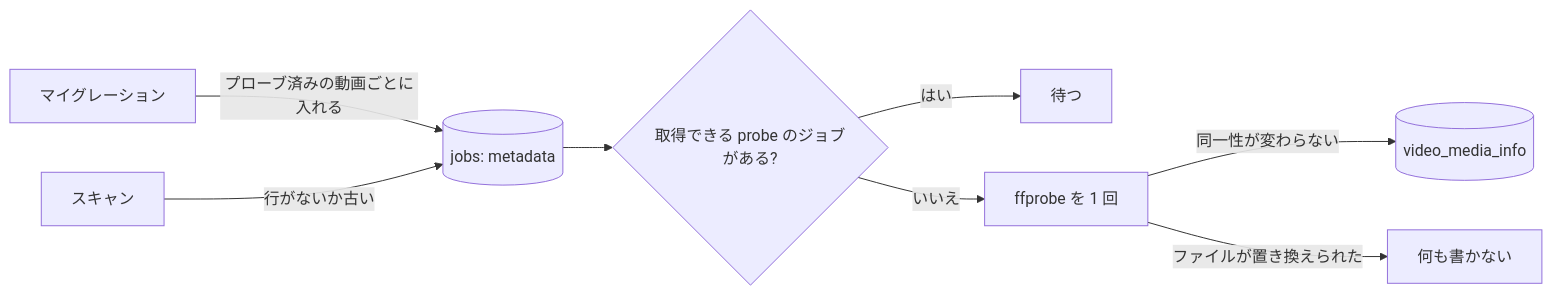
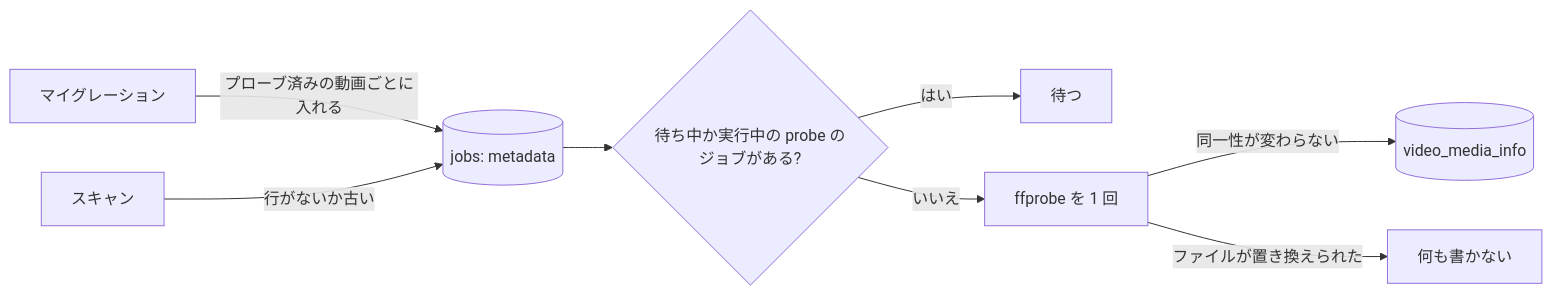
The third of 3 diagrams in translations/ja/specs/056-media-info/research.md (syudead/vv), drawn with Mermaid before and after one commit. The commit also changed other lines of this file and 3 other files, not shown here.

````diff
--- a/translations/ja/specs/056-media-info/research.md
+++ b/translations/ja/specs/056-media-info/research.md
@@ -83,10 +103,10 @@
 ```mermaid
 flowchart LR
   mig[マイグレーション] -->|プローブ済みの動画ごとに入れる| q[(jobs: metadata)]
   scan[スキャン] -->|行がないか古い| q
-  q --> claim{取得できる probe のジョブがある?}
+  q --> claim{待ち中か実行中の probe のジョブがある?}
   claim -->|はい| wait[待つ]
   claim -->|いいえ| run[ffprobe を 1 回]
   run -->|同一性が変わらない| row[(video_media_info)]
   run -->|ファイルが置き換えられた| drop[何も書かない]
 ```
````
